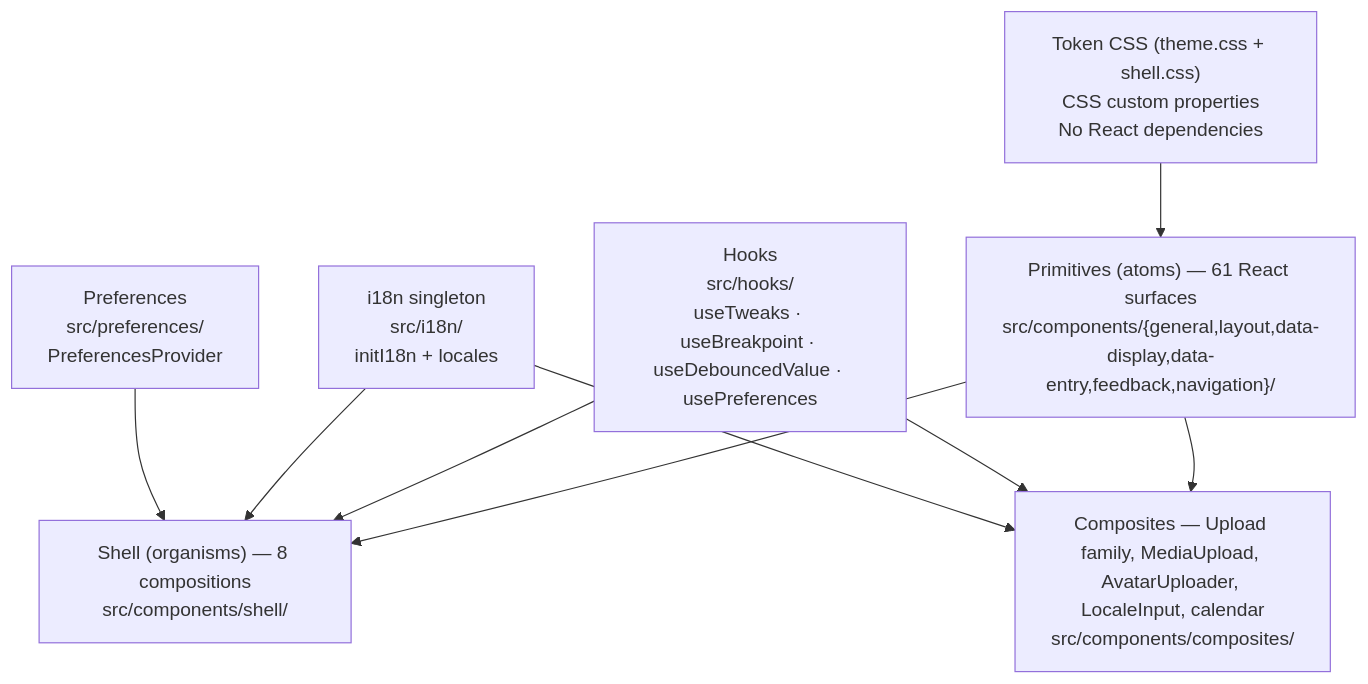
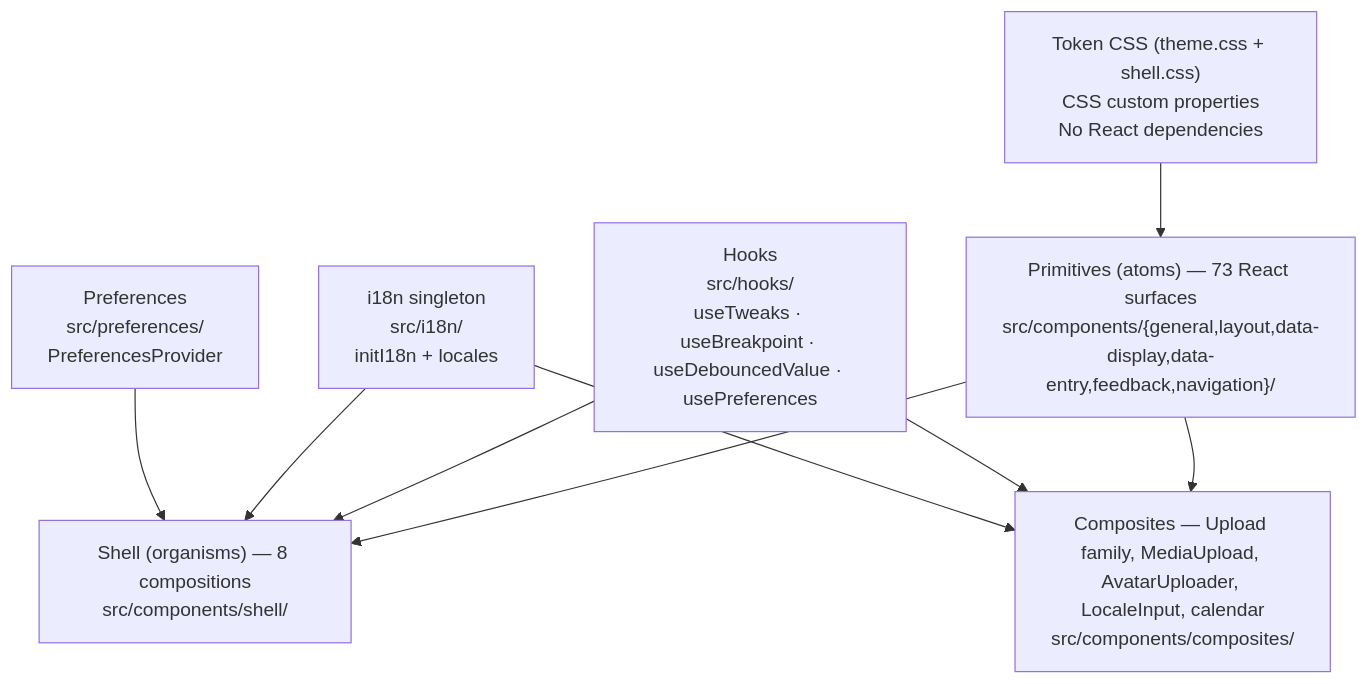
Before and after one commit to godx-jp/godxjp-ui: the diagram in docs/explanation/architecture.md, drawn with Mermaid. The commit also changed other lines of this file and 16 other files, not shown here.

````diff
--- a/docs/explanation/architecture.md
+++ b/docs/explanation/architecture.md
@@ -20,19 +20,19 @@
 ```mermaid
 flowchart TD
     CSS["Token CSS (theme.css + shell.css)\nCSS custom properties\nNo React dependencies"]
-    PRIMS["Primitives (atoms) — 61 React surfaces\nsrc/components/{general,layout,data-display,data-entry,feedback,navigation}/"]
+    PRIMS["Primitives (atoms) — 73 React surfaces\nsrc/components/{general,layout,data-display,data-entry,feedback,navigation}/"]
     SHELL["Shell (organisms) — 8 compositions\nsrc/components/shell/"]
     COMP["Composites — Upload family, MediaUpload, AvatarUploader, LocaleInput, calendar\nsrc/components/composites/"]
     HOOKS["Hooks\nsrc/hooks/\nuseTweaks · useBreakpoint · useDebouncedValue · usePreferences"]
     I18N["i18n singleton\nsrc/i18n/\ninitI18n + locales"]
     PREFS["Preferences\nsrc/preferences/\nPreferencesProvider"]
 
     CSS --> PRIMS
     PRIMS --> SHELL
     PRIMS --> COMP
     HOOKS --> SHELL
     HOOKS --> COMP
     I18N --> SHELL
     I18N --> COMP
     PREFS --> SHELL
 ```
````
